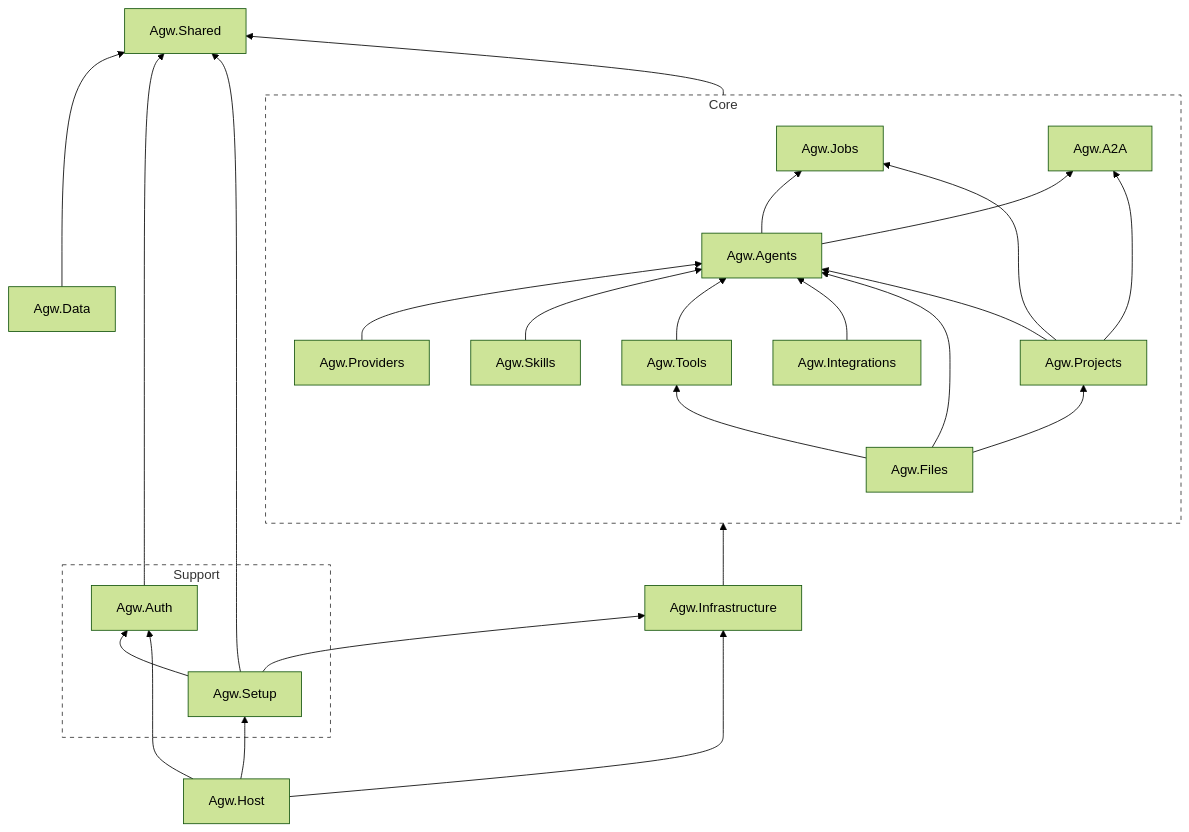
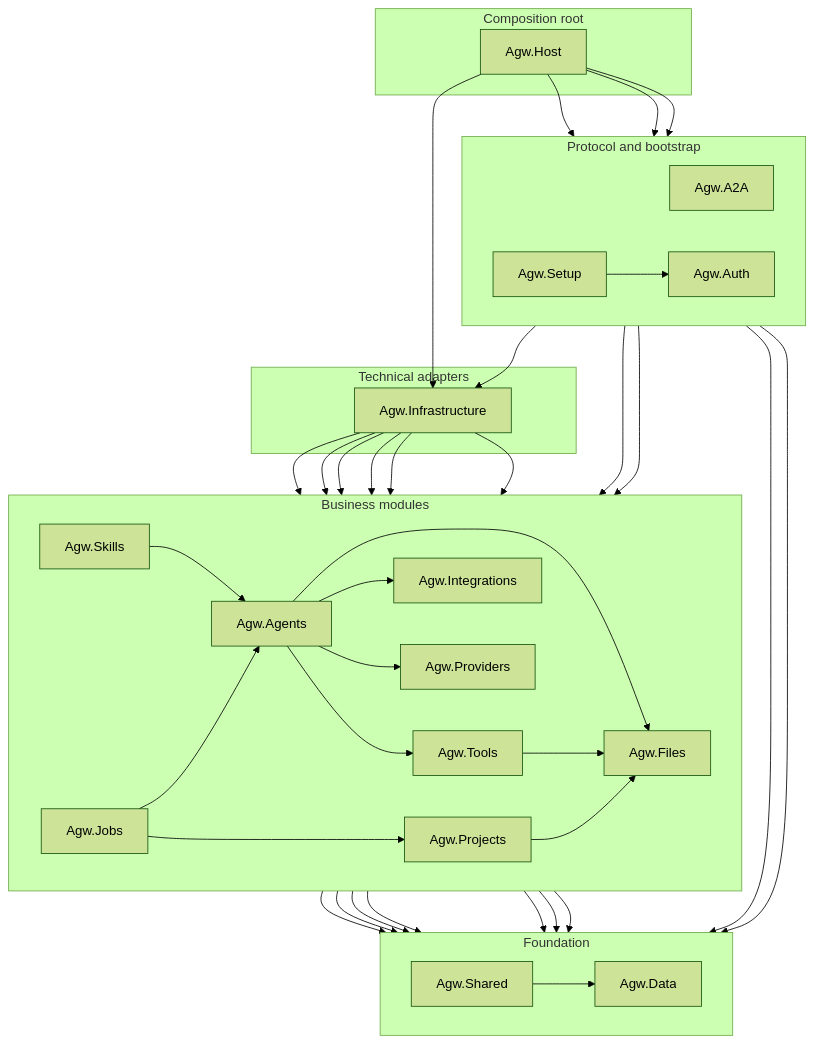
The diagram in README.md (zxyao145/agw), drawn with Mermaid (forest theme) before and after one commit. The commit also changed other lines of this file and 4 other files, not shown here.

Commit message:
feat(architecture): reorganize project structure and update architecture diagrams for clarity

````diff
--- a/README.md
+++ b/README.md
@@ -285,61 +285,79 @@
 ```mermaid
-flowchart BT
-    Agw.Host
-    Agw.Infrastructure
-
-    subgraph Core
-        direction BT
-        Agw.Jobs
-        Agw.A2A
-        Agw.Agents
-        Agw.Providers
-        Agw.Skills
-        Agw.Tools
-        Agw.Files
-        Agw.Integrations
-        Agw.Projects
-
-        %% Relationships
-        Agw.Agents --> Agw.Jobs
-        Agw.Agents --> Agw.A2A
-
-
-        Agw.Providers --> Agw.Agents
-        Agw.Skills --> Agw.Agents
-        Agw.Tools --> Agw.Agents
-        Agw.Integrations --> Agw.Agents
-        Agw.Files --> Agw.Agents
-
-
-        Agw.Projects --> Agw.Agents
-        Agw.Projects --> Agw.Jobs
-        Agw.Projects --> Agw.A2A
-        Agw.Files --> Agw.Projects
-        Agw.Files --> Agw.Tools
-
+flowchart TB
+    subgraph Composition["Composition root"]
+        HOST["Agw.Host"]
     end
 
-    subgraph Support
-        Agw.Auth[Agw.Auth]
-        Agw.Setup[Agw.Setup]
+    subgraph Boundaries["Protocol and bootstrap"]
+        direction LR
+        A2A["Agw.A2A"]
+        AUTH["Agw.Auth"]
+        SETUP["Agw.Setup"]
     end
 
-    Agw.Shared 
+    subgraph Adapters["Technical adapters"]
+        INFRA["Agw.Infrastructure"]
+    end
 
-    Agw.Data --> Agw.Shared
-    Agw.Auth --> Agw.Shared
-    Agw.Setup --> Agw.Auth
-    Agw.Setup --> Agw.Infrastructure
-    Agw.Setup --> Agw.Shared
-    Core --> Agw.Shared
+    subgraph Core["Business modules"]
+        direction LR
+        AGENTS["Agw.Agents"]
+        JOBS["Agw.Jobs"]
+        PROJECTS["Agw.Projects"]
+        PROVIDERS["Agw.Providers"]
+        INTEGRATIONS["Agw.Integrations"]
+        SKILLS["Agw.Skills"]
+        TOOLS["Agw.Tools"]
+        FILES["Agw.Files"]
+    end
 
-    Agw.Infrastructure --> Core
-    Agw.Host --> Agw.Auth
-    Agw.Host --> Agw.Setup
-    Agw.Host --> Agw.Infrastructure
+    subgraph Foundation["Foundation"]
+        direction LR
+        SHARED["Agw.Shared"]
+        DATA["Agw.Data"]
+    end
 
+    HOST --> A2A
+    HOST --> AUTH
+    HOST --> INFRA
+    HOST --> SETUP
 
-    %% styles
-    style Core fill:none,stroke:#333,stroke-dasharray: 5 5
-    style Support fill:none,stroke:#333,stroke-dasharray: 5 5
+    SETUP --> AUTH
+    SETUP --> INFRA
+    SETUP --> SHARED
+
+    A2A --> AGENTS
+    A2A --> PROJECTS
+
+    INFRA --> AGENTS
+    INFRA --> INTEGRATIONS
+    INFRA --> PROVIDERS
+    INFRA --> PROJECTS
+    INFRA --> SKILLS
+    INFRA --> JOBS
+
+    SKILLS --> AGENTS
+    SKILLS --> SHARED
+    JOBS --> AGENTS
+    JOBS --> PROJECTS
+    JOBS --> SHARED
+
+    AGENTS --> FILES
+    AGENTS --> INTEGRATIONS
+    AGENTS --> PROVIDERS
+    AGENTS --> TOOLS
+    AGENTS --> SHARED
+
+    PROJECTS --> FILES
+    PROJECTS --> SHARED
+    TOOLS --> FILES
+    TOOLS --> SHARED
+
+    AUTH --> SHARED
+    INTEGRATIONS --> SHARED
+    PROVIDERS --> SHARED
+
+    %% Layout only: keep the foundation below the business modules.
+    FILES ~~~ SHARED
+    SHARED --> DATA
 ```
````
